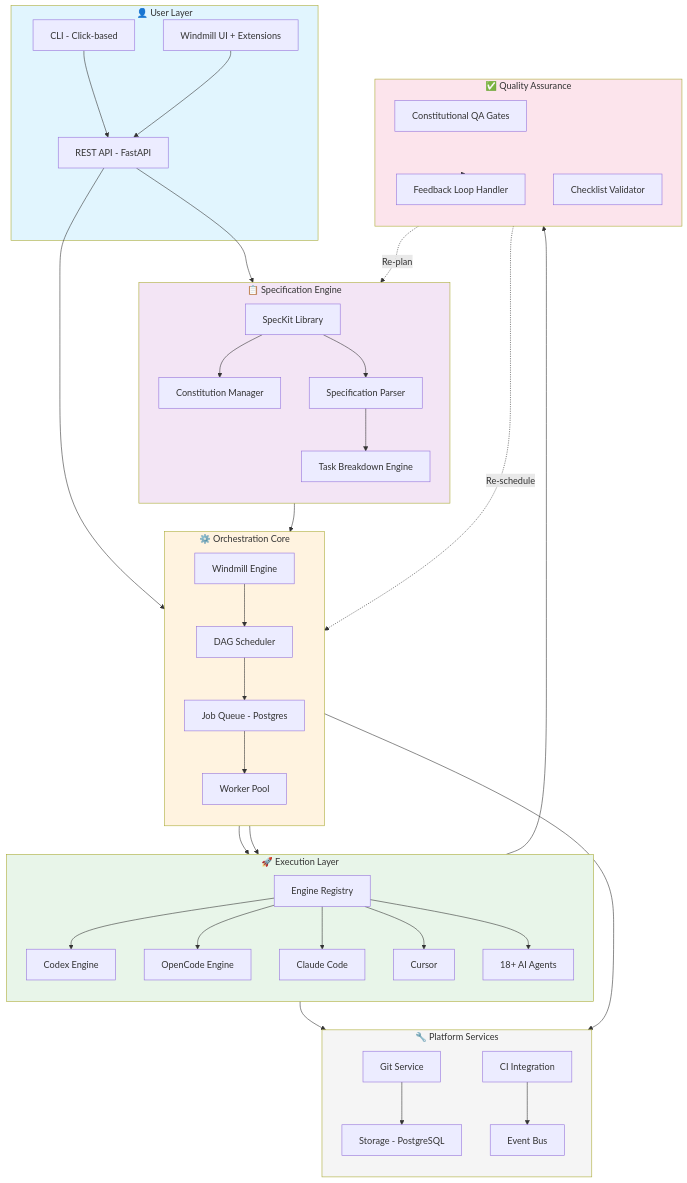
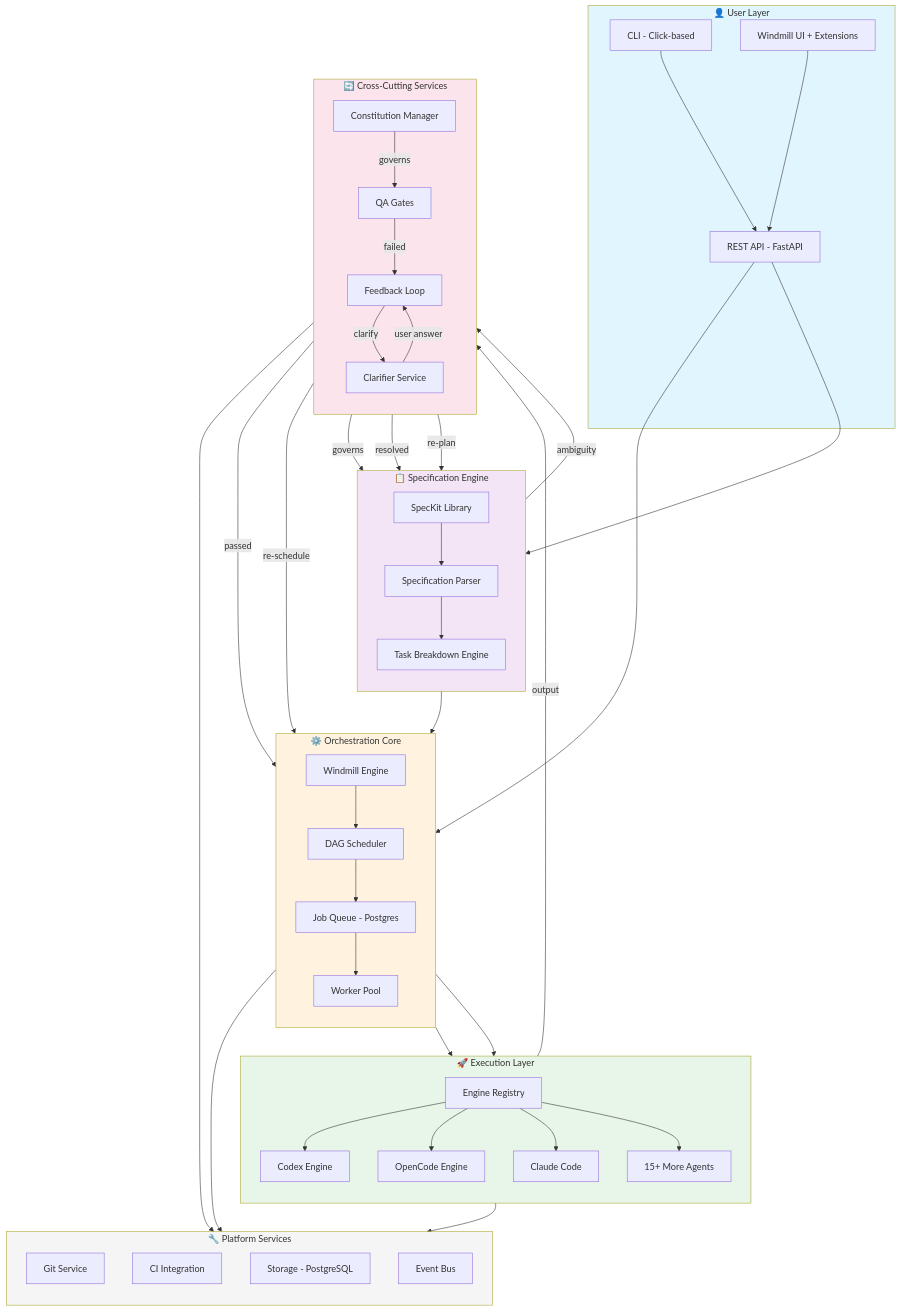
Before and after one commit to SergeySdv/dev-pipeline: the first of 15 diagrams in docs/newTasksGodzilla/ARCHITECTURE.md, drawn with Mermaid. The commit also changed other lines of this file and 1 other file, not shown here.

Commit message:
feat(architecture): integrate Clarifier Service into QA feedback loop for structured clarifications

````diff
--- a/docs/newTasksGodzilla/ARCHITECTURE.md
+++ b/docs/newTasksGodzilla/ARCHITECTURE.md
@@ -45,7 +45,6 @@
     subgraph SpecificationEngine["📋 Specification Engine"]
         direction TB
         SpecKit[SpecKit Library]
-        Constitution[Constitution Manager]
         SpecParser[Specification Parser]
         TaskBreakdown[Task Breakdown Engine]
     end
@@ -64,15 +63,15 @@
         Codex[Codex Engine]
         OpenCode[OpenCode Engine]
         ClaudeCode[Claude Code]
-        Cursor[Cursor]
-        OtherAgents[18+ AI Agents]
+        OtherAgents[15+ More Agents]
     end
 
-    subgraph QualityAssurance["✅ Quality Assurance"]
+    subgraph CrossCutting["🔄 Cross-Cutting Services"]
         direction TB
-        QAGates[Constitutional QA Gates]
-        ChecklistValidator[Checklist Validator]
-        FeedbackLoop[Feedback Loop Handler]
+        Constitution[Constitution Manager]
+        Clarifier[Clarifier Service]
+        QAGates[QA Gates]
+        FeedbackLoop[Feedback Loop]
     end
 
     subgraph PlatformServices["🔧 Platform Services"]
@@ -91,9 +90,14 @@
 
     %% Specification flow
     SpecificationEngine --> OrchestrationCore
-    SpecKit --> Constitution
     SpecKit --> SpecParser
     SpecParser --> TaskBreakdown
+
+    %% Cross-cutting integration with Specification
+    Constitution -->|governs| SpecKit
+    Constitution -->|governs| QAGates
+    SpecKit -->|ambiguity| Clarifier
+    Clarifier -->|resolved| SpecKit
 
     %% Orchestration flow
     OrchestrationCore --> ExecutionLayer
@@ -106,25 +110,28 @@
     EngineRegistry --> Codex
     EngineRegistry --> OpenCode
     EngineRegistry --> ClaudeCode
-    EngineRegistry --> Cursor
     EngineRegistry --> OtherAgents
 
-    %% QA flow
-    ExecutionLayer --> QualityAssurance
-    QualityAssurance --> FeedbackLoop
-    FeedbackLoop -.->|Re-plan| SpecificationEngine
-    FeedbackLoop -.->|Re-schedule| OrchestrationCore
+    %% QA integration with Execution
+    ExecutionLayer -->|output| QAGates
+    QAGates -->|passed| OrchestrationCore
+    QAGates -->|failed| FeedbackLoop
+    
+    %% Feedback loop connections
+    FeedbackLoop -->|clarify| Clarifier
+    FeedbackLoop -->|re-plan| SpecificationEngine
+    FeedbackLoop -->|re-schedule| OrchestrationCore
+    Clarifier -->|user answer| FeedbackLoop
 
     %% Platform services
     OrchestrationCore --> PlatformServices
     ExecutionLayer --> PlatformServices
-    GitService --> StorageService
-    CIService --> EventBus
+    CrossCutting --> PlatformServices
 
     style UserLayer fill:#e1f5fe
     style SpecificationEngine fill:#f3e5f5
     style OrchestrationCore fill:#fff3e0
     style ExecutionLayer fill:#e8f5e9
-    style QualityAssurance fill:#fce4ec
+    style CrossCutting fill:#fce4ec
     style PlatformServices fill:#f5f5f5
 ```
````
